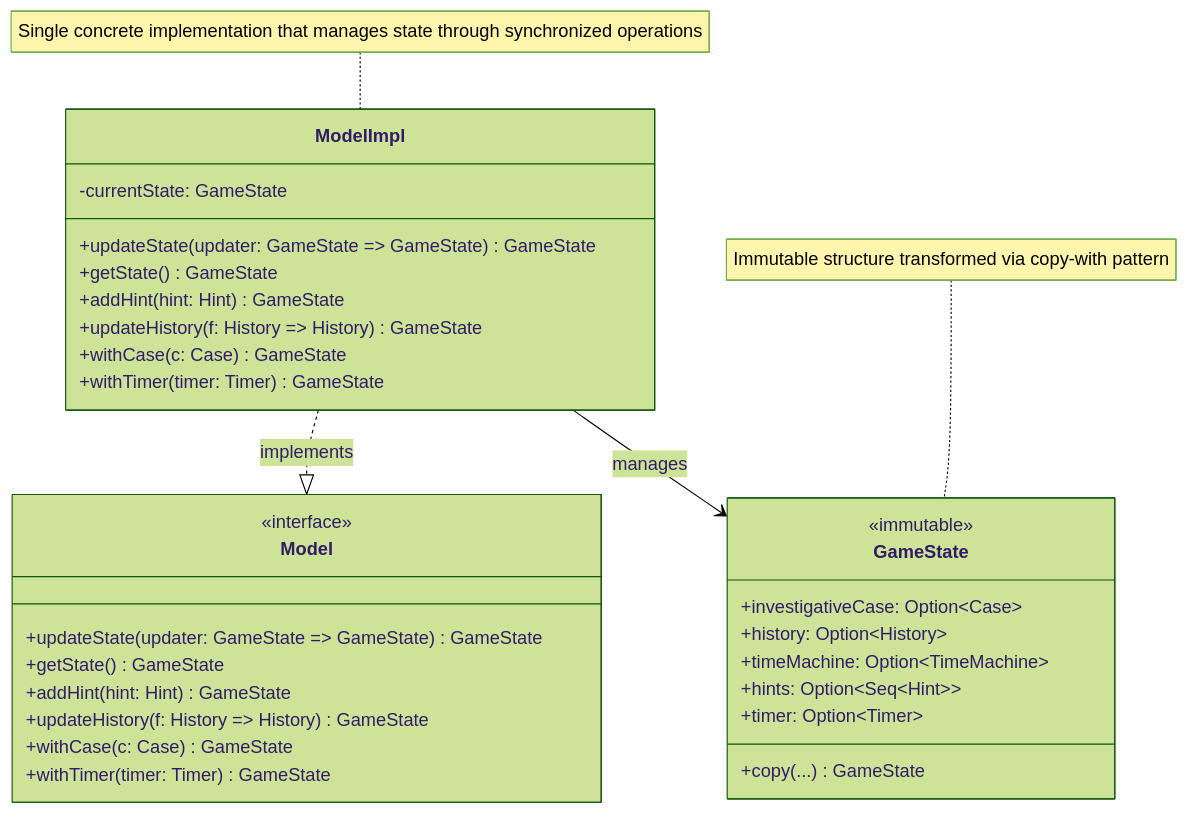
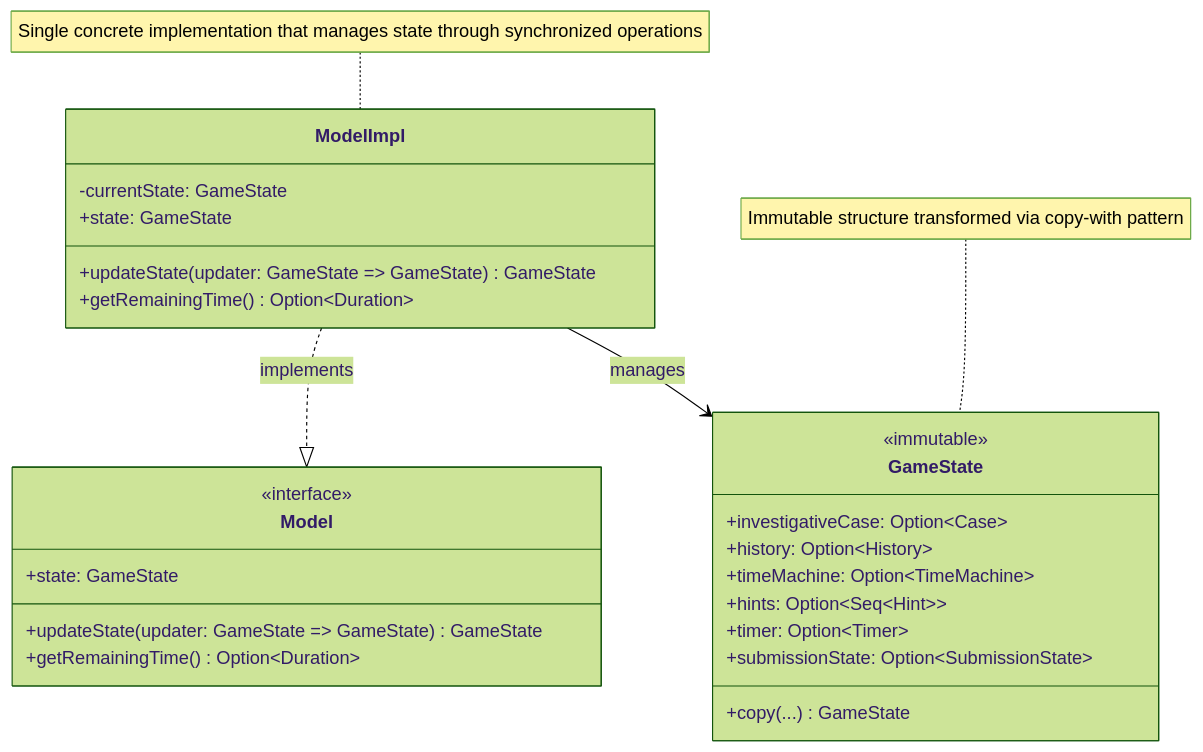
Before and after one commit to LucaSamore/Whodunnit: the second of 4 diagrams in docs/report/3-high-level-design.md, drawn with Mermaid (forest theme). The commit also changed other lines of this file and 1 other file, not shown here.

Commit message:
docs: update diagrams and figure captions

````diff
--- a/docs/report/3-high-level-design.md
+++ b/docs/report/3-high-level-design.md
@@ -123,38 +125,33 @@
 ```mermaid
 classDiagram
     class Model {
         <<interface>>
+        +state: GameState
         +updateState(updater: GameState => GameState) GameState
-        +getState() GameState
-        +addHint(hint: Hint) GameState
-        +updateHistory(f: History => History) GameState
-        +withCase(c: Case) GameState
-        +withTimer(timer: Timer) GameState
+        +getRemainingTime() Option~Duration~
     }
     
     class ModelImpl {
         -currentState: GameState
+        +state: GameState
         +updateState(updater: GameState => GameState) GameState
-        +getState() GameState
-        +addHint(hint: Hint) GameState
-        +updateHistory(f: History => History) GameState
-        +withCase(c: Case) GameState
-        +withTimer(timer: Timer) GameState
+        +getRemainingTime() Option~Duration~
     }
     
     class GameState {
         <<immutable>>
         +investigativeCase: Option~Case~
         +history: Option~History~
         +timeMachine: Option~TimeMachine~
         +hints: Option~Seq~Hint~~
         +timer: Option~Timer~
+        +submissionState: Option~SubmissionState~
         +copy(...) GameState
     }
     
     ModelImpl ..|> Model : implements
     ModelImpl --> GameState : manages
     
     note for ModelImpl "Single concrete implementation that manages state through synchronized operations"
     note for GameState "Immutable structure transformed via copy-with pattern"
 ```
````
